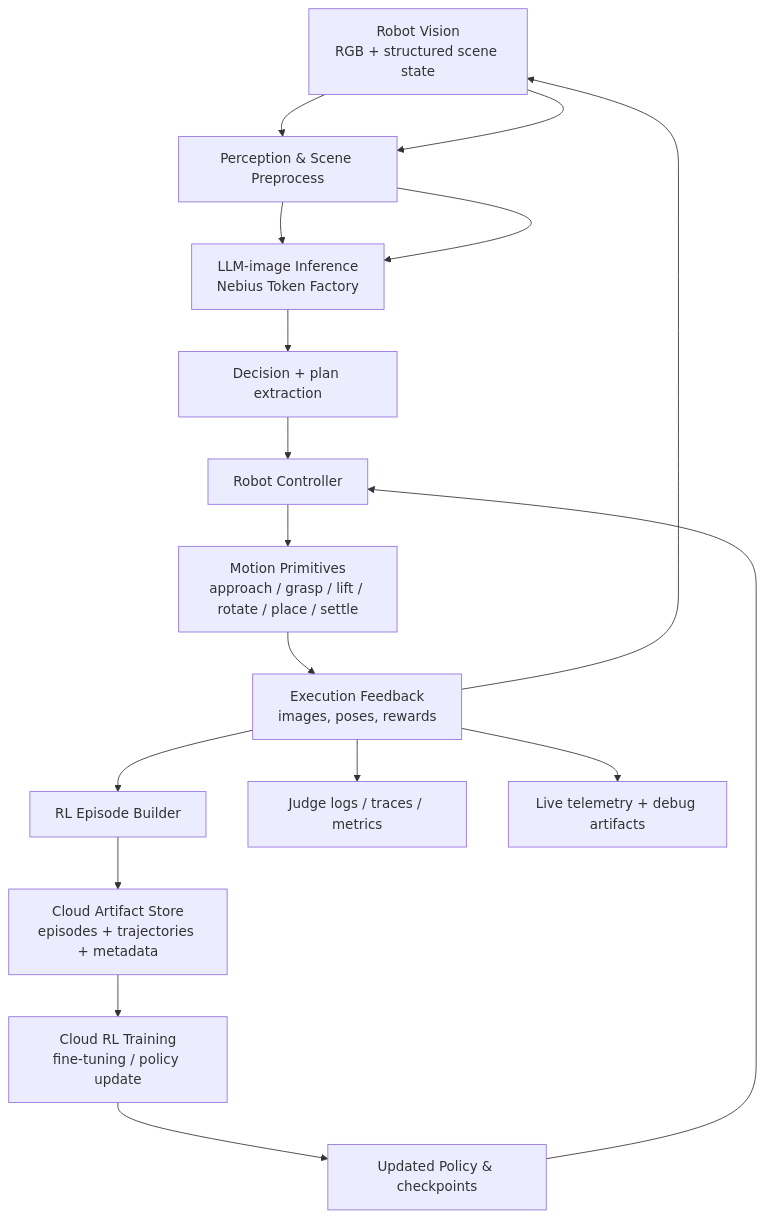
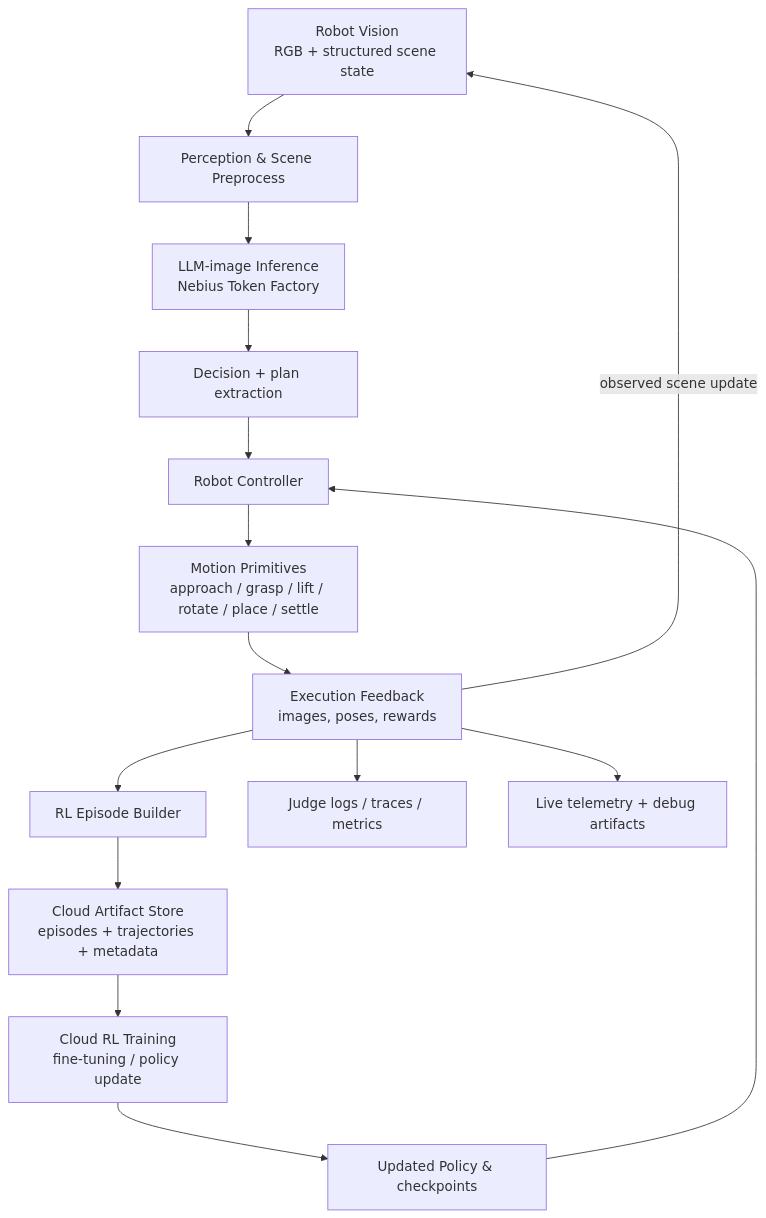
One commit to kirilligum/rOCDbot-cerebral-valley-hackathon-260315 changed the second of 2 diagrams in README.md. Above: the diagram before and after it, drawn with Mermaid.

Commit message:
docs: Update README flowchart to simplify C to V connection

````diff
--- a/README.md
+++ b/README.md
@@ -141,19 +141,17 @@
 ```mermaid
 flowchart TD
     V[Robot Vision<br/>RGB + structured scene state] --> P[Perception & Scene Preprocess]
     P --> I[LLM-image Inference<br/>Nebius Token Factory]
     I --> D[Decision + plan extraction]
     D --> R[Robot Controller]
     R --> M[Motion Primitives<br/>approach / grasp / lift / rotate / place / settle]
     M --> C[Execution Feedback<br/>images, poses, rewards]
-    C --> V
-    V --> P
-    P --> I
+    C -->|observed scene update| V
     C --> A[RL Episode Builder]
     A --> S[Cloud Artifact Store<br/>episodes + trajectories + metadata]
     S --> T[Cloud RL Training<br/>fine-tuning / policy update]
     T --> U[Updated Policy & checkpoints]
     U --> R
     C --> L[Judge logs / traces / metrics]
     C --> J[Live telemetry + debug artifacts]
 ```
````
